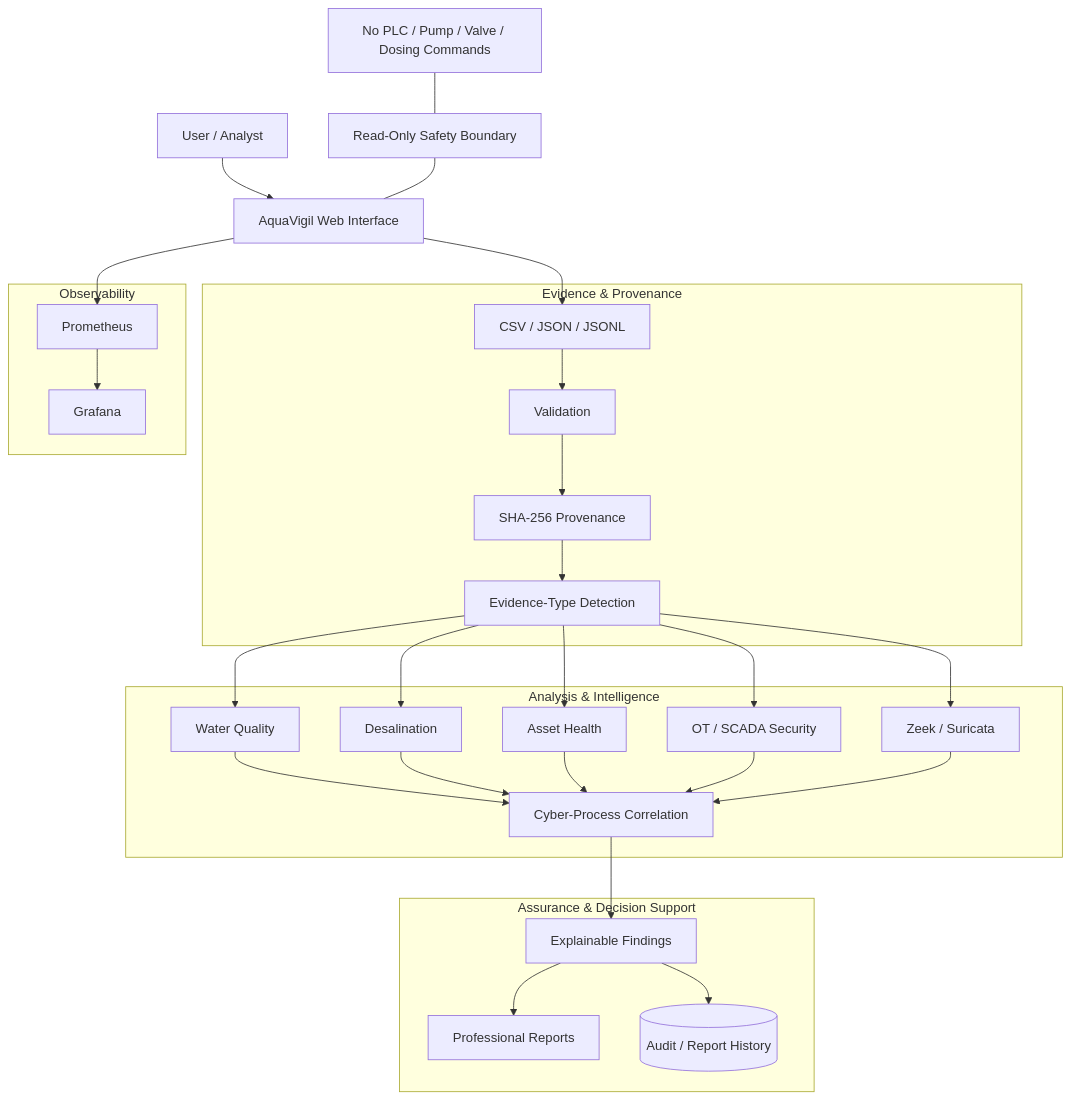
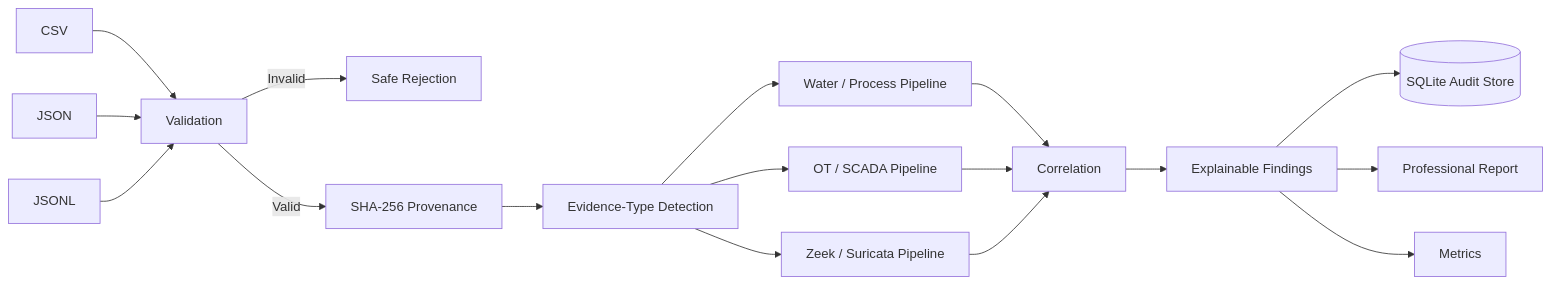
The third of 21 diagrams in README.md (HaziqBinAfzal/AquaVigil), drawn with Mermaid before and after one commit. The commit also changed other lines of this file, not shown here.

Commit message:
docs: display all architecture diagrams in README

````diff
--- a/README.md
+++ b/README.md
@@ -71,52 +92,19 @@
 ```mermaid
-flowchart TB
-    U[User / Analyst] --> UI[AquaVigil Web Interface]
-
-    subgraph EVIDENCE["Evidence & Provenance"]
-        E[CSV / JSON / JSONL]
-        V[Validation]
-        H[SHA-256 Provenance]
-        T[Evidence-Type Detection]
-        E --> V --> H --> T
-    end
-
-    subgraph INTEL["Analysis & Intelligence"]
-        W[Water Quality]
-        D[Desalination]
-        A[Asset Health]
-        O[OT / SCADA Security]
-        Z[Zeek / Suricata]
-        C[Cyber-Process Correlation]
-        T --> W
-        T --> D
-        T --> A
-        T --> O
-        T --> Z
-        W --> C
-        D --> C
-        A --> C
-        O --> C
-        Z --> C
-    end
-
-    subgraph ASSURANCE["Assurance & Decision Support"]
-        F[Explainable Findings]
-        R[Professional Reports]
-        DB[(Audit / Report History)]
-        C --> F
-        F --> R
-        F --> DB
-    end
-
-    subgraph OBS["Observability"]
-        P[Prometheus]
-        G[Grafana]
-        P --> G
-    end
-
-    UI --> E
-    UI --> P
-
-    SAFE[Read-Only Safety Boundary] --- UI
-    NOC[No PLC / Pump / Valve / Dosing Commands] --- SAFE
+flowchart LR
+    A[CSV] --> V[Validation]
+    B[JSON] --> V
+    C[JSONL] --> V
+    V -->|Invalid| X[Safe Rejection]
+    V -->|Valid| H[SHA-256 Provenance]
+    H --> T[Evidence-Type Detection]
+    T --> W[Water / Process Pipeline]
+    T --> O[OT / SCADA Pipeline]
+    T --> Z[Zeek / Suricata Pipeline]
+    W --> C1[Correlation]
+    O --> C1
+    Z --> C1
+    C1 --> E[Explainable Findings]
+    E --> D[(SQLite Audit Store)]
+    E --> R[Professional Report]
+    E --> M[Metrics]
 ```
````
